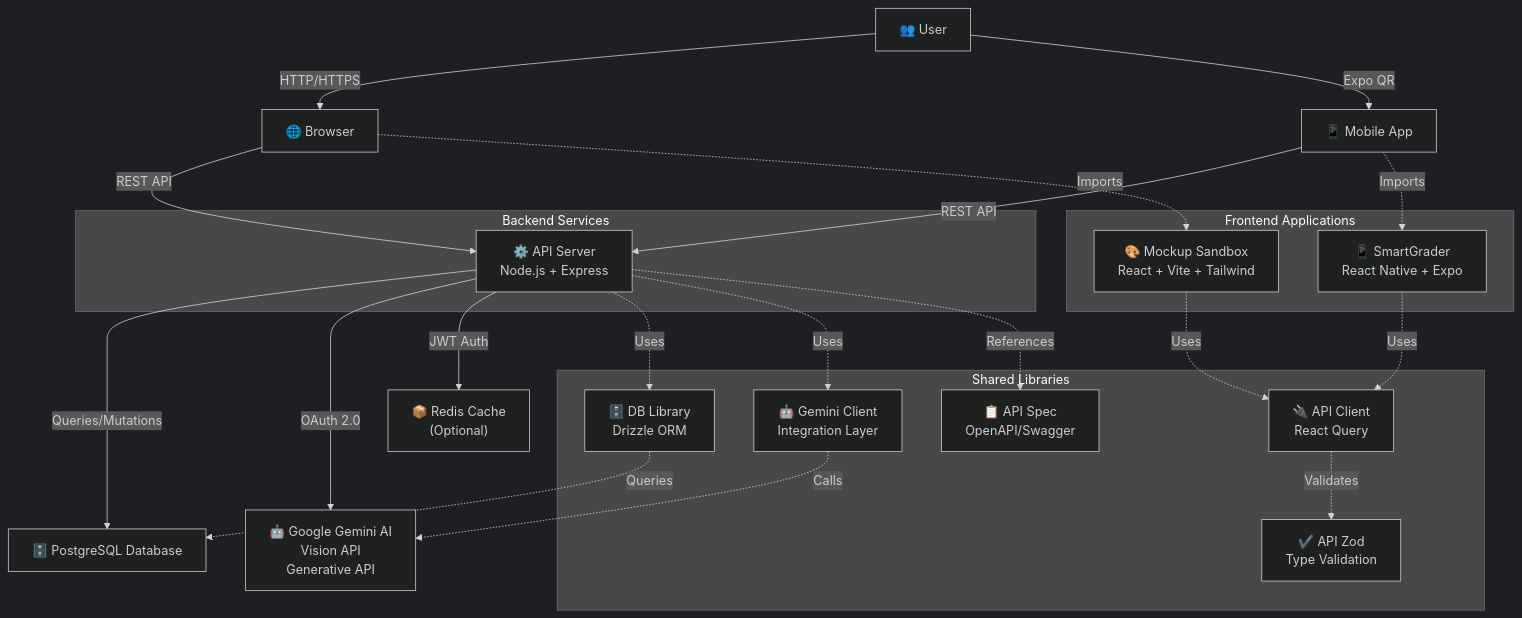
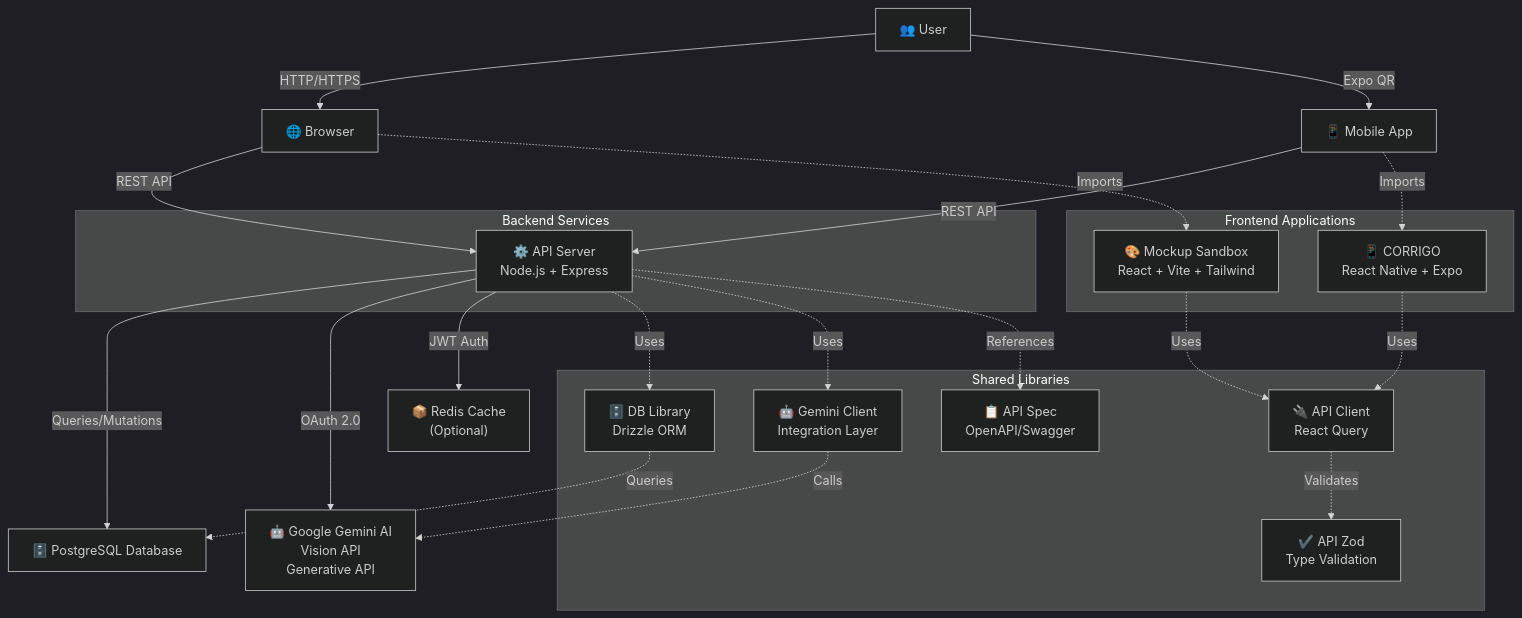
One commit to Mardo-k12/Corrigo changed the first of 5 diagrams in ARCHITECTURE.md. Above: the diagram before and after it, drawn with Mermaid (dark theme). The commit also changed other lines of this file and 14 other files, not shown here.

````diff
--- a/ARCHITECTURE.md
+++ b/ARCHITECTURE.md
@@ -9,49 +9,49 @@
 ```mermaid
 graph TB
     User["👥 User"]
     Browser["🌐 Browser"]
     Mobile["📱 Mobile App"]
     
     User -->|"HTTP/HTTPS"| Browser
     User -->|"Expo QR"| Mobile
     
     Browser -->|"REST API"| APIServer
     Mobile -->|"REST API"| APIServer
     
     APIServer["⚙️ API Server<br/>Node.js + Express"]
     
     APIServer -->|"Queries/Mutations"| DB["🗄️ PostgreSQL Database"]
     APIServer -->|"OAuth 2.0"| GeminiAI["🤖 Google Gemini AI<br/>Vision API<br/>Generative API"]
     APIServer -->|"JWT Auth"| Redis["📦 Redis Cache<br/>(Optional)"]
     
     subgraph "Frontend Applications"
         FrontendWeb["🎨 Mockup Sandbox<br/>React + Vite + Tailwind"]
-        MobileApp["📱 SmartGrader<br/>React Native + Expo"]
+        MobileApp["📱 CORRIGO<br/>React Native + Expo"]
     end
     
     subgraph "Shared Libraries"
         APISpec["📋 API Spec<br/>OpenAPI/Swagger"]
         APIClient["🔌 API Client<br/>React Query"]
         APIZod["✔️ API Zod<br/>Type Validation"]
         DBLib["🗄️ DB Library<br/>Drizzle ORM"]
         GeminiClient["🤖 Gemini Client<br/>Integration Layer"]
     end
     
     subgraph "Backend Services"
         APIServer
     end
     
     Browser -.->|"Imports"| FrontendWeb
     Mobile -.->|"Imports"| MobileApp
     
     FrontendWeb -.->|"Uses"| APIClient
     MobileApp -.->|"Uses"| APIClient
     
     APIClient -.->|"Validates"| APIZod
     APIServer -.->|"Uses"| DBLib
     APIServer -.->|"Uses"| GeminiClient
     APIServer -.->|"References"| APISpec
     
     GeminiClient -.->|"Calls"| GeminiAI
     DBLib -.->|"Queries"| DB
 ```
````
